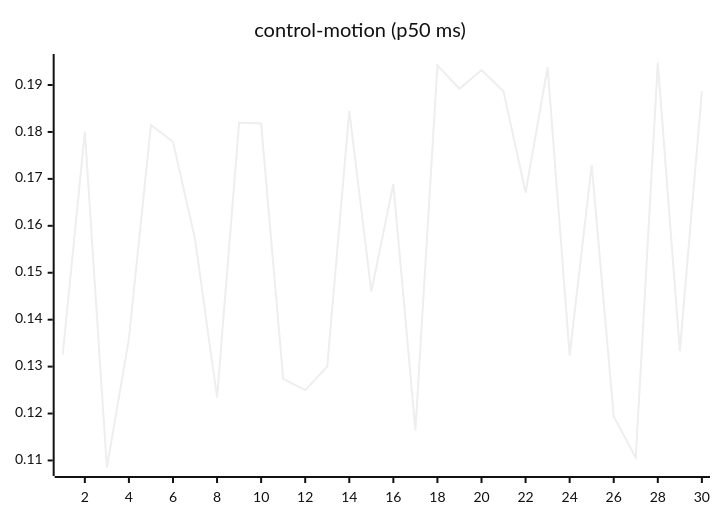
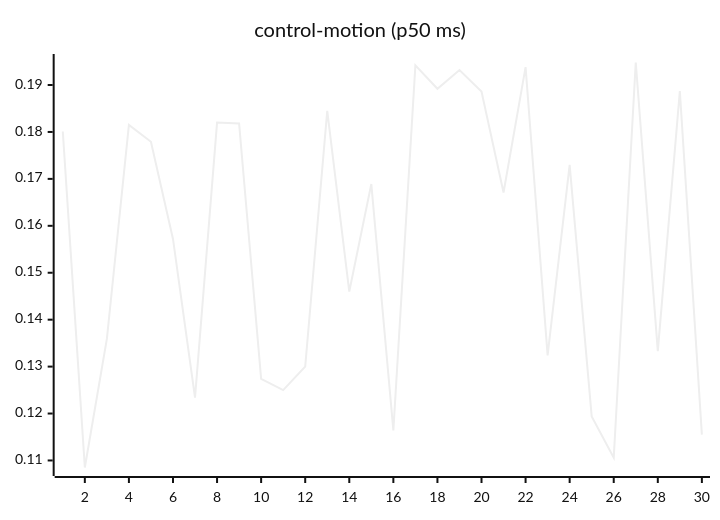
Before and after one commit to josha/Facet: the seventh of 27 diagrams in README.md, drawn with Mermaid (neutral theme). The commit also changed other lines of this file and 2 other files, not shown here.

````diff
--- a/README.md
+++ b/README.md
@@ -105,6 +105,6 @@
 ```mermaid
 xychart-beta
     title "control-motion (p50 ms)"
     x-axis 1 --> 30
-    line [0.1326, 0.1801, 0.1085, 0.1359, 0.1815, 0.1779, 0.1572, 0.1234, 0.1820, 0.1818, 0.1274, 0.1250, 0.1300, 0.1845, 0.1460, 0.1689, 0.1164, 0.1942, 0.1892, 0.1932, 0.1886, 0.1671, 0.1938, 0.1324, 0.1730, 0.1194, 0.1106, 0.1948, 0.1333, 0.1887]
+    line [0.1801, 0.1085, 0.1359, 0.1815, 0.1779, 0.1572, 0.1234, 0.1820, 0.1818, 0.1274, 0.1250, 0.1300, 0.1845, 0.1460, 0.1689, 0.1164, 0.1942, 0.1892, 0.1932, 0.1886, 0.1671, 0.1938, 0.1324, 0.1730, 0.1194, 0.1106, 0.1948, 0.1333, 0.1887, 0.1155]
 ```
````
